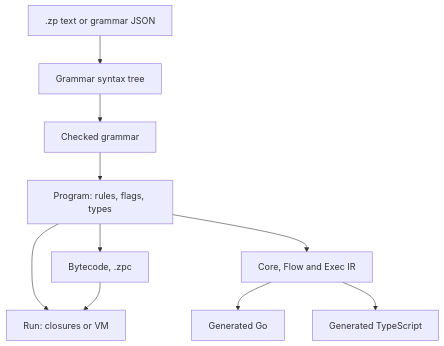
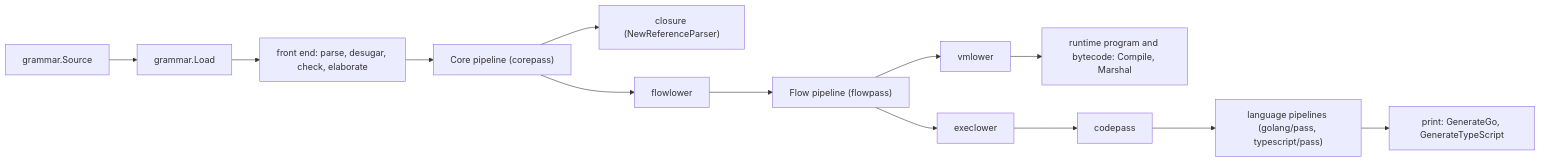
One commit to syntaxir/syntaxir changed the third of 3 diagrams in docs/design/architecture.md. Above: the diagram before and after it, drawn with Mermaid. The commit also changed other lines of this file, not shown here.

First line of the commit message:
Write the architecture page as the approved target design

````diff
--- a/docs/design/architecture.md
+++ b/docs/design/architecture.md
@@ -15,12 +721,9 @@
 ```mermaid
-flowchart TD
-  src[".zp text or grammar JSON"] --> ast["Grammar syntax tree"]
-  ast --> chk["Checked grammar"]
-  chk --> prog["Program: rules, flags, types"]
-  prog --> run["Run: closures or VM"]
-  prog --> ir["Core, Flow and Exec IR"]
-  ir --> gen["Generated Go"]
-  ir --> ts["Generated TypeScript"]
-  prog --> bc["Bytecode, .zpc"]
-  bc --> run
+flowchart LR
+  S["grammar.Source"] --> L["grammar.Load"] --> F["front end: parse, desugar, check, elaborate"]
+  F --> CP["Core pipeline (corepass)"]
+  CP --> CL["closure (NewReferenceParser)"]
+  CP --> FL["flowlower"] --> FP["Flow pipeline (flowpass)"]
+  FP --> VL["vmlower"] --> P["runtime program and bytecode: Compile, Marshal"]
+  FP --> EL["execlower"] --> XP["codepass"] --> LP["language pipelines (golang/pass, typescript/pass)"] --> PR["print: GenerateGo, GenerateTypeScript"]
 ```
````
